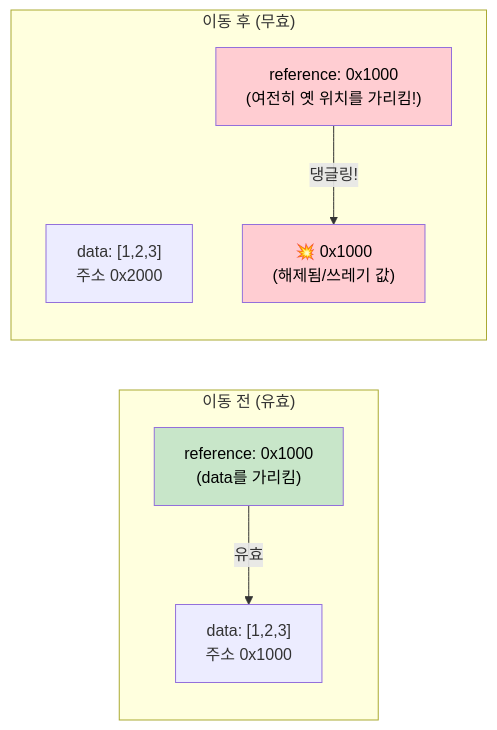
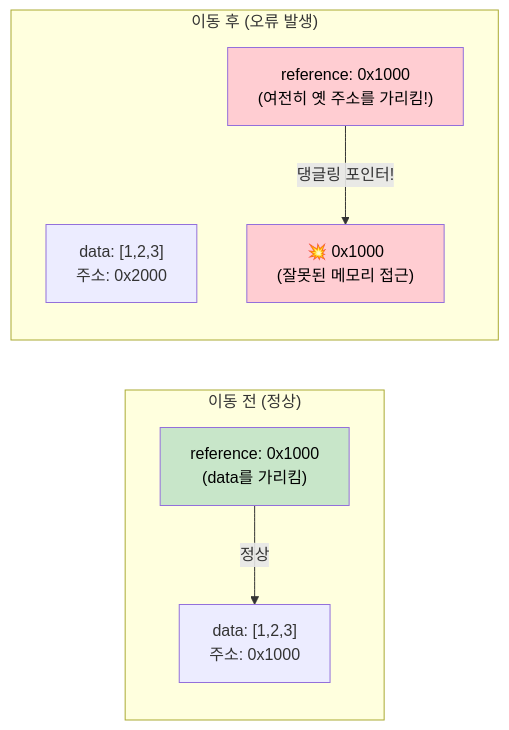
Before and after one commit to partrita/RustTraining: the diagram in async-book/src/ch04-pin-and-unpin.md, drawn with Mermaid. The commit also changed other lines of this file and 157 other files, not shown here.

````diff
--- a/async-book/src/ch04-pin-and-unpin.md
+++ b/async-book/src/ch04-pin-and-unpin.md
@@ -40,18 +14,18 @@
 ```mermaid
 graph LR
-    subgraph "이동 전 (유효)"
-        A["data: [1,2,3]<br/>주소 0x1000"]
+    subgraph "이동 전 (정상)"
+        A["data: [1,2,3]<br/>주소: 0x1000"]
         B["reference: 0x1000<br/>(data를 가리킴)"]
-        B -->|"유효"| A
+        B -->|"정상"| A
     end
 
-    subgraph "이동 후 (무효)"
-        C["data: [1,2,3]<br/>주소 0x2000"]
-        D["reference: 0x1000<br/>(여전히 옛 위치를 가리킴!)"]
-        D -->|"댕글링!"| E["💥 0x1000<br/>(해제됨/쓰레기 값)"]
+    subgraph "이동 후 (오류 발생)"
+        C["data: [1,2,3]<br/>주소: 0x2000"]
+        D["reference: 0x1000<br/>(여전히 옛 주소를 가리킴!)"]
+        D -->|"댕글링 포인터!"| E["💥 0x1000<br/>(잘못된 메모리 접근)"]
     end
 
     style E fill:#ffcdd2,color:#000
     style D fill:#ffcdd2,color:#000
     style B fill:#c8e6c9,color:#000
 ```
````
